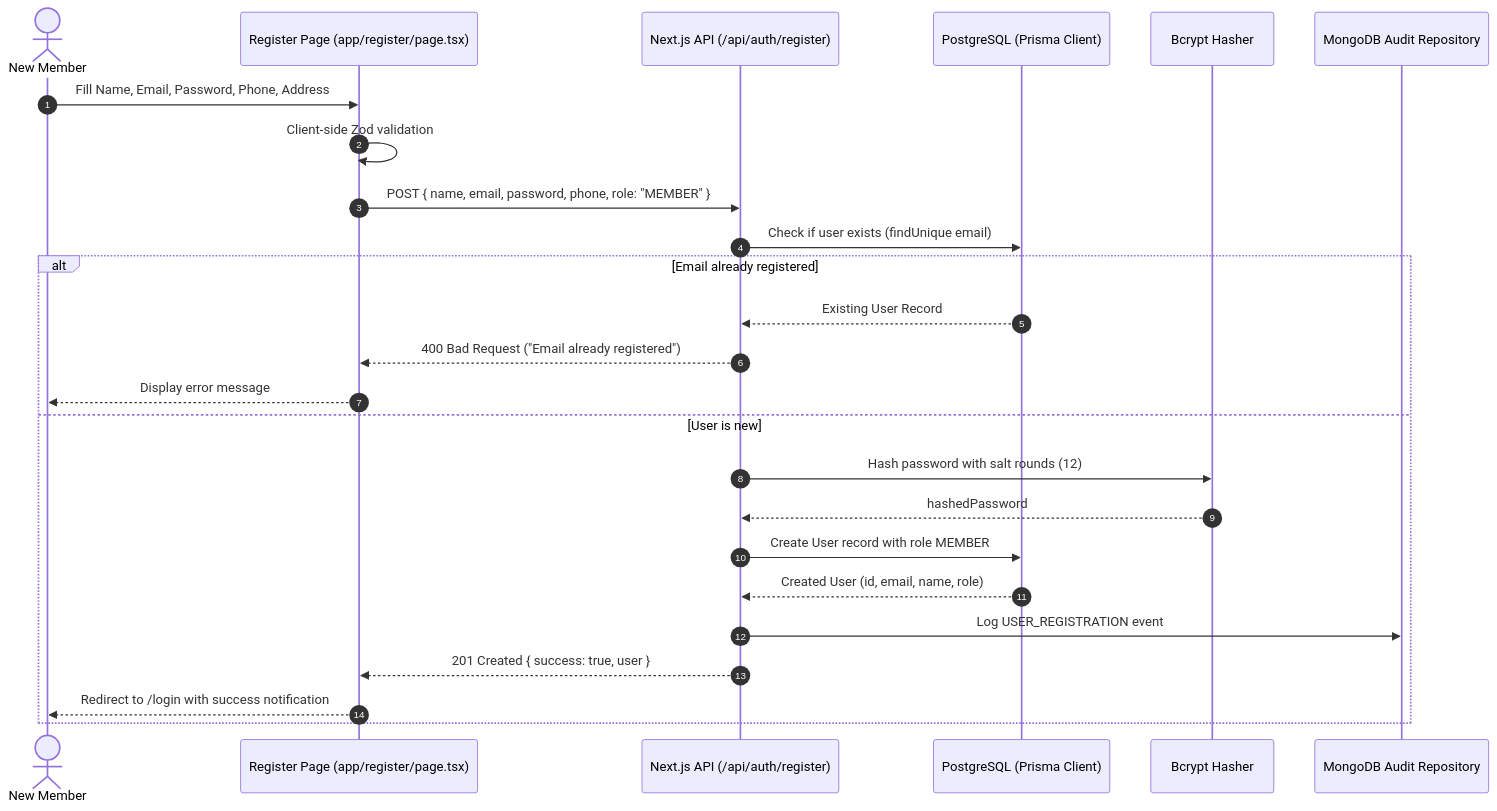
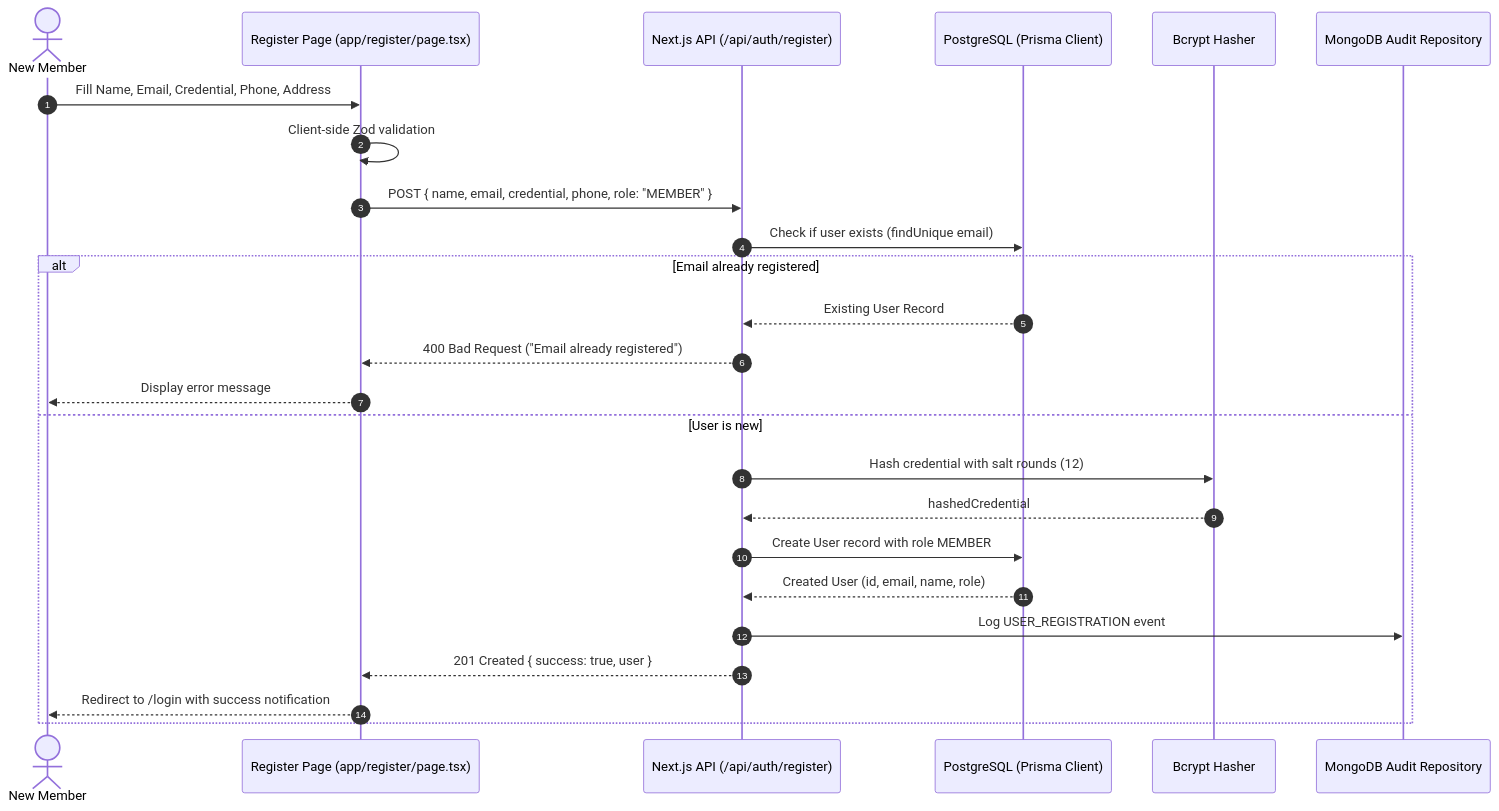
Before and after one commit to bunnyvalluri/church-: the third of 17 diagrams in docs/Architecture-Diagrams.md, drawn with Mermaid. The commit also changed other lines of this file and 18 other files, not shown here.

````diff
--- a/docs/Architecture-Diagrams.md
+++ b/docs/Architecture-Diagrams.md
@@ -99,28 +99,28 @@
 ```mermaid
 sequenceDiagram
     autonumber
     actor User as New Member
     participant Form as Register Page (app/register/page.tsx)
     participant AuthAPI as Next.js API (/api/auth/register)
     participant DB as PostgreSQL (Prisma Client)
     participant Hash as Bcrypt Hasher
     participant Audit as MongoDB Audit Repository
 
-    User->>Form: Fill Name, Email, Password, Phone, Address
+    User->>Form: Fill Name, Email, Credential, Phone, Address
     Form->>Form: Client-side Zod validation
-    Form->>AuthAPI: POST { name, email, password, phone, role: "MEMBER" }
+    Form->>AuthAPI: POST { name, email, credential, phone, role: "MEMBER" }
     AuthAPI->>DB: Check if user exists (findUnique email)
     alt Email already registered
         DB-->>AuthAPI: Existing User Record
         AuthAPI-->>Form: 400 Bad Request ("Email already registered")
         Form-->>User: Display error message
     else User is new
-        AuthAPI->>Hash: Hash password with salt rounds (12)
-        Hash-->>AuthAPI: hashedPassword
+        AuthAPI->>Hash: Hash credential with salt rounds (12)
+        Hash-->>AuthAPI: hashedCredential
         AuthAPI->>DB: Create User record with role MEMBER
         DB-->>AuthAPI: Created User (id, email, name, role)
         AuthAPI->>Audit: Log USER_REGISTRATION event
         AuthAPI-->>Form: 201 Created { success: true, user }
         Form-->>User: Redirect to /login with success notification
     end
 ```
````
